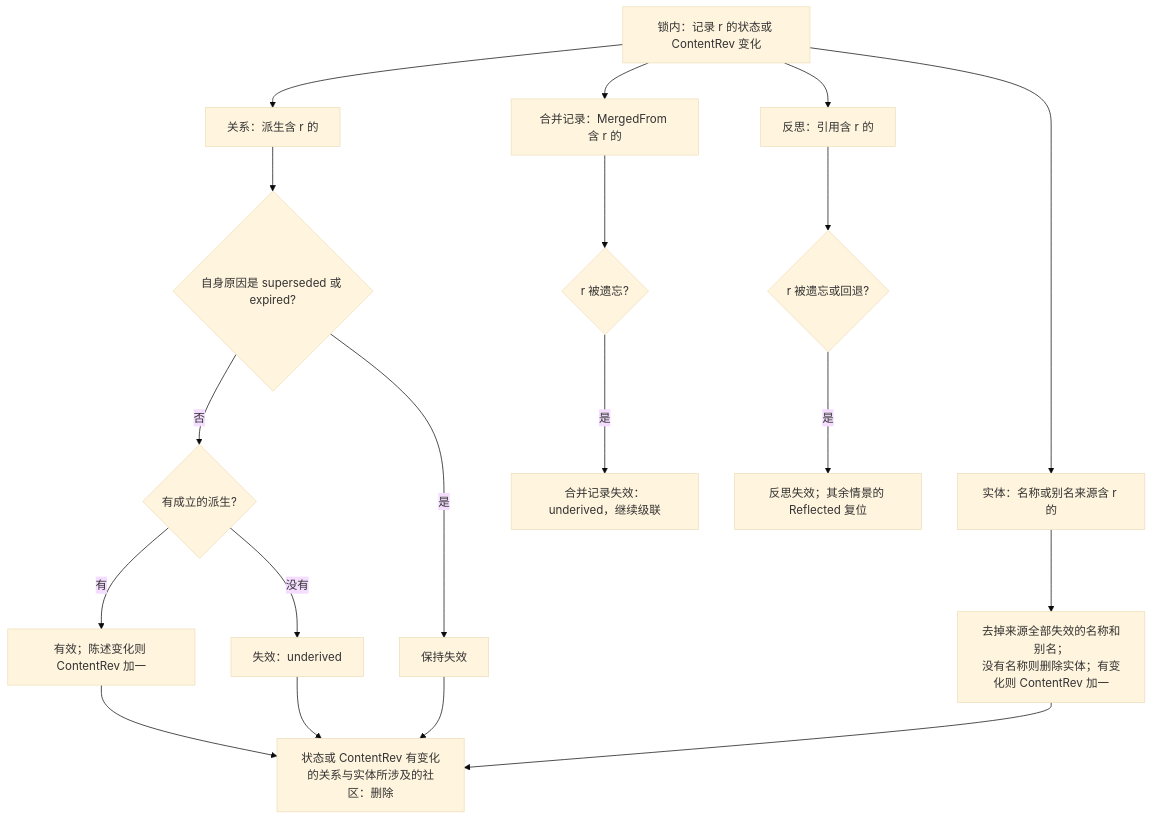
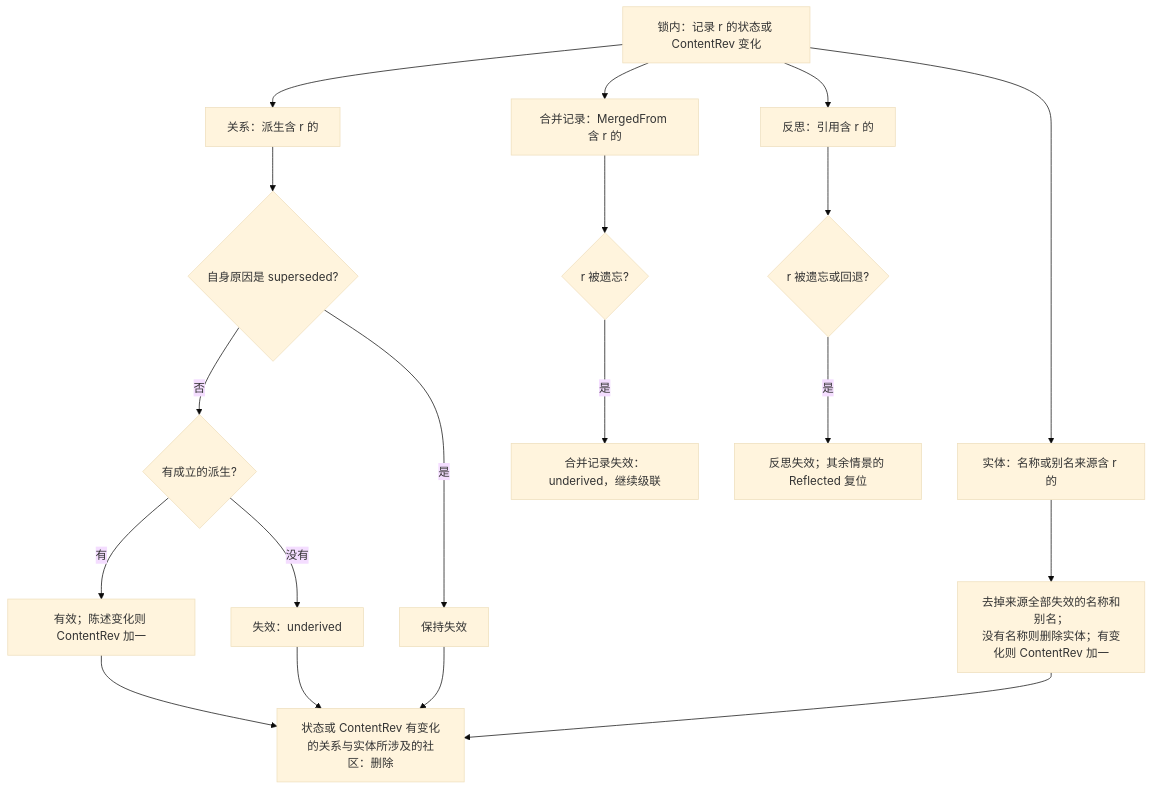
The seventh of 9 diagrams in docs/design/MEMORY_GOVERNANCE.md (kart-io/goagent), drawn with Mermaid (base theme) before and after one commit. The commit also changed other lines of this file and 2 other files, not shown here.

````diff
--- a/docs/design/MEMORY_GOVERNANCE.md
+++ b/docs/design/MEMORY_GOVERNANCE.md
@@ -514,22 +514,22 @@
 ```mermaid
 flowchart TB
     C[锁内：记录 r 的状态或 ContentRev 变化] --> E[关系：派生含 r 的]
     C --> MR[合并记录：MergedFrom 含 r 的]
     C --> RF[反思：引用含 r 的]
     C --> EN[实体：名称或别名来源含 r 的]
-    E --> E1{自身原因是 superseded 或 expired?}
+    E --> E1{自身原因是 superseded?}
     E1 -->|是| EK[保持失效]
     E1 -->|否| E2{有成立的派生?}
     E2 -->|有| EV[有效；陈述变化则 ContentRev 加一]
     E2 -->|没有| EU[失效：underived]
     MR --> MX{r 被遗忘?}
     MX -->|是| MU[合并记录失效：underived，继续级联]
     RF --> RX{r 被遗忘或回退?}
     RX -->|是| RI[反思失效；其余情景的 Reflected 复位]
     EN --> EA[去掉来源全部失效的名称和别名；<br/>没有名称则删除实体；有变化则 ContentRev 加一]
     EV --> CM
     EU --> CM
     EK --> CM
     EA --> CM
     CM[状态或 ContentRev 有变化的关系与实体所涉及的社区：删除]
 ```
````
